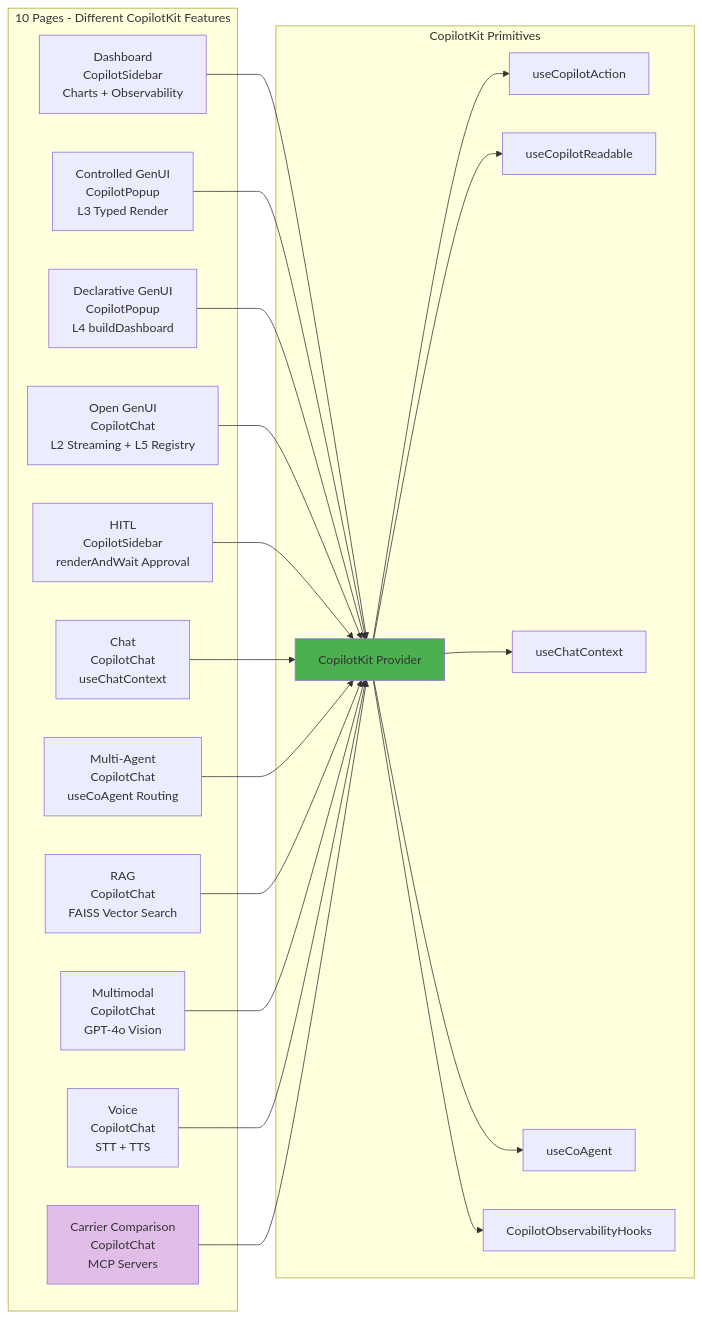
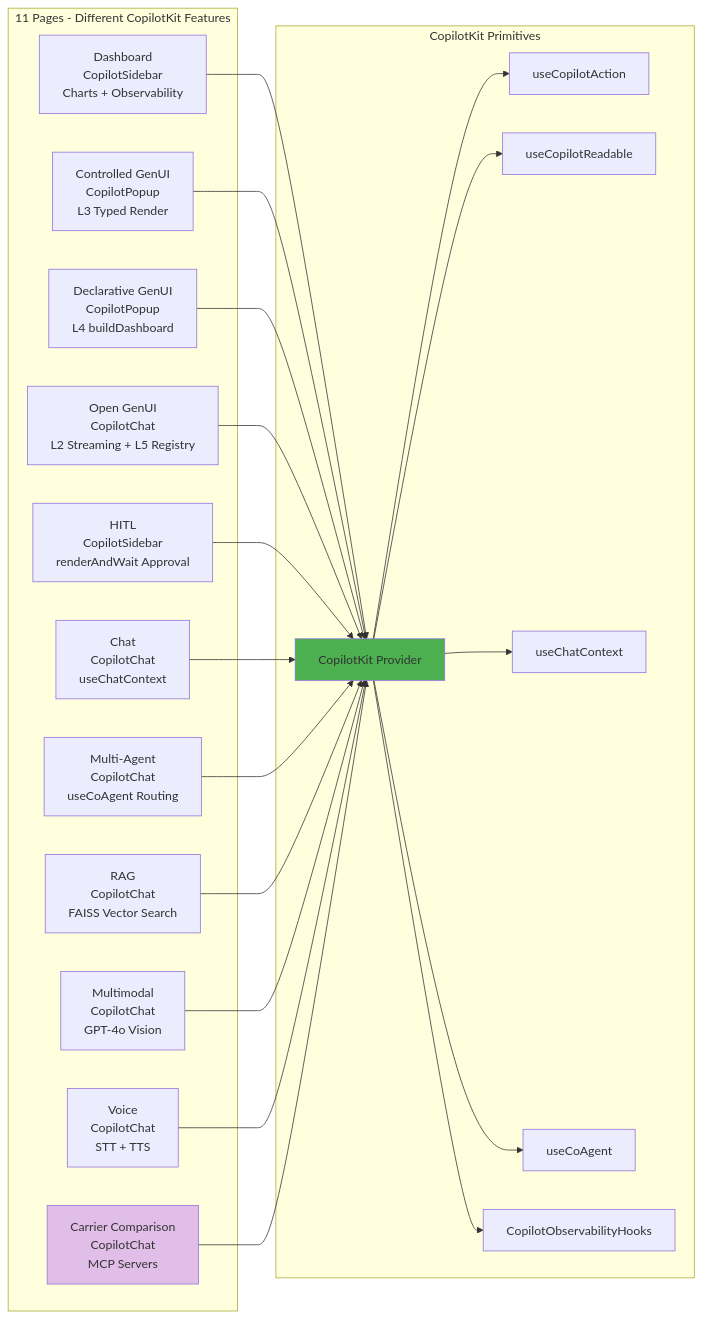
The fourth of 6 diagrams in docs/ARCHITECTURE.md (Nvaddi03/copilotkit-poc), drawn with Mermaid before and after one commit. The commit also changed other lines of this file and 30 other files, not shown here.

````diff
--- a/docs/ARCHITECTURE.md
+++ b/docs/ARCHITECTURE.md
@@ -136,46 +199,46 @@
 ```mermaid
 graph LR
-    subgraph "10 Pages - Different CopilotKit Features"
+    subgraph "11 Pages - Different CopilotKit Features"
         P1[Dashboard<br/>CopilotSidebar<br/>Charts + Observability]
         P2[Controlled GenUI<br/>CopilotPopup<br/>L3 Typed Render]
         P3[Declarative GenUI<br/>CopilotPopup<br/>L4 buildDashboard]
         P4[Open GenUI<br/>CopilotChat<br/>L2 Streaming + L5 Registry]
         P5[HITL<br/>CopilotSidebar<br/>renderAndWait Approval]
         P6[Chat<br/>CopilotChat<br/>useChatContext]
         P7[Multi-Agent<br/>CopilotChat<br/>useCoAgent Routing]
         P8[RAG<br/>CopilotChat<br/>FAISS Vector Search]
         P9[Multimodal<br/>CopilotChat<br/>GPT-4o Vision]
         P10[Voice<br/>CopilotChat<br/>STT + TTS]
         P11[Carrier Comparison<br/>CopilotChat<br/>MCP Servers]
     end
 
     subgraph "CopilotKit Primitives"
         Prov[CopilotKit Provider]
         Action[useCopilotAction]
         Read[useCopilotReadable]
         Context[useChatContext]
         CoAgent[useCoAgent]
         Hooks[CopilotObservabilityHooks]
     end
 
     P1 --> Prov
     P2 --> Prov
     P3 --> Prov
     P4 --> Prov
     P5 --> Prov
     P6 --> Prov
     P7 --> Prov
     P8 --> Prov
     P9 --> Prov
     P10 --> Prov
     P11 --> Prov
 
     Prov --> Action
     Prov --> Read
     Prov --> Context
     Prov --> CoAgent
     Prov --> Hooks
 
     style P11 fill:#E1BEE7
     style Prov fill:#4CAF50
 ```
````
